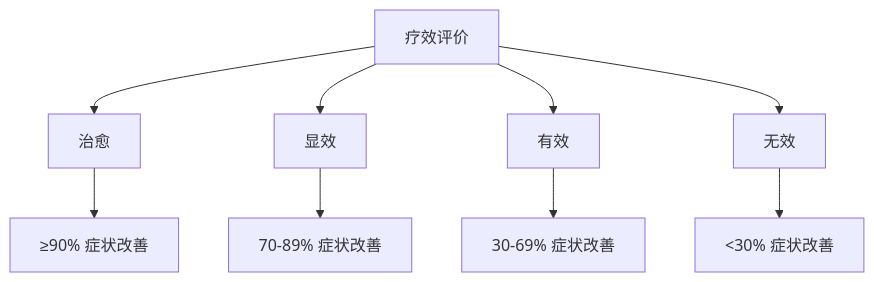
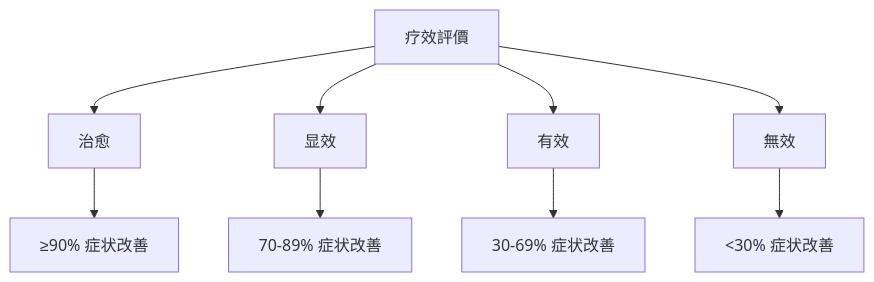
Before and after one commit to kmjade/knowledge-value: the second of 5 diagrams in 3 Resources/01-Tech/🏥 专业知识/耳穴知识库/04_临床应用/疗效评价标准.md, drawn with Mermaid. The commit also changed other lines of this file and 653 other files, not shown here.

````diff
--- a/3 Resources/01-Tech/🏥 专业知识/耳穴知识库/04_临床应用/疗效评价标准.md
+++ b/3 Resources/01-Tech/🏥 专业知识/耳穴知识库/04_临床应用/疗效评价标准.md
@@ -123,12 +123,12 @@
 ```mermaid
 graph TD
-    A[疗效评价] --> B[治愈]
+    A[疗效評價] --> B[治愈]
     A --> C[显效]
     A --> D[有效]
-    A --> E[无效]
+    A --> E[無效]
 
     B --> B1["≥90% 症状改善"]
     C --> C1["70-89% 症状改善"]
     D --> D1["30-69% 症状改善"]
     E --> E1["<30% 症状改善"]
 ```
````
